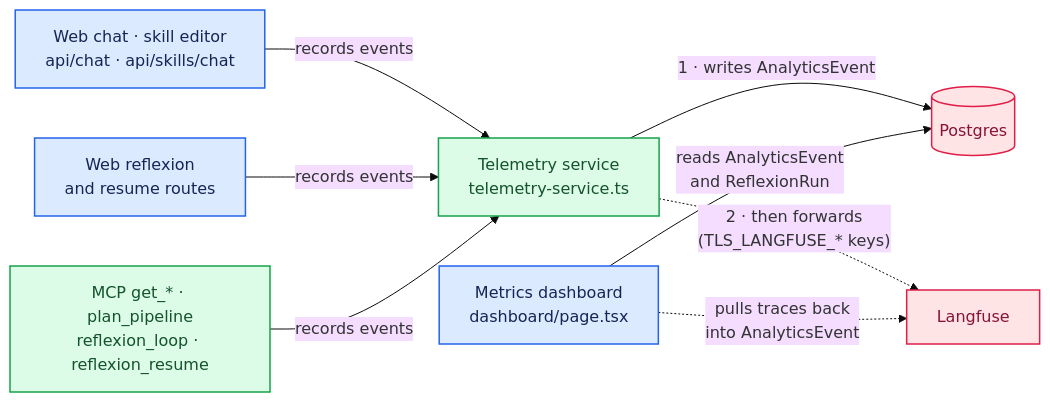
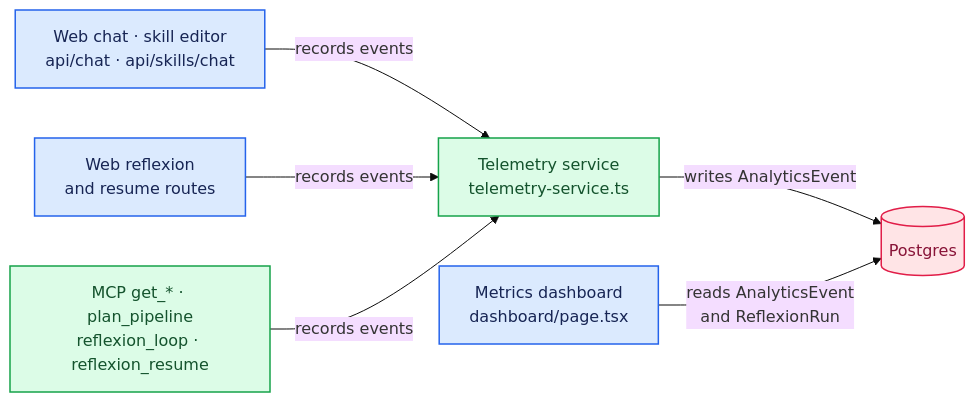
Before and after one commit to bronz3beard/ai.tech-lead-stack: the tenth of 10 diagrams in README.md, drawn with Mermaid (base theme). The commit also changed other lines of this file and 84 other files, not shown here.

First line of the commit message:
feat(telemetry)!: honest AI-usage metrics with Postgres as the single source of truth (#148)

````diff
--- a/README.md
+++ b/README.md
@@ -456,28 +456,25 @@
 ```mermaid
 flowchart LR
   webchat["Web chat · skill editor<br/>api/chat · api/skills/chat"]
   webreflex["Web reflexion<br/>and resume routes"]
   mcpcalls["MCP get_* · plan_pipeline<br/>reflexion_loop · reflexion_resume"]
   telemetry["Telemetry service<br/>telemetry-service.ts"]
   db[("Postgres")]
-  langfuse["Langfuse"]
   metrics["Metrics dashboard<br/>dashboard/page.tsx"]
 
   webchat -->|"records events"| telemetry
   webreflex -->|"records events"| telemetry
   mcpcalls -->|"records events"| telemetry
-  telemetry -->|"1 · writes AnalyticsEvent"| db
-  telemetry -.->|"2 · then forwards<br/>(TLS_LANGFUSE_* keys)"| langfuse
+  telemetry -->|"writes AnalyticsEvent"| db
   metrics -->|"reads AnalyticsEvent<br/>and ReflexionRun"| db
-  metrics -.->|"pulls traces back<br/>into AnalyticsEvent"| langfuse
 
   click telemetry "https://github.com/bronz3beard/ai.tech-lead-stack/blob/main/packages/core/src/lib/telemetry-service.ts"
   click metrics "https://github.com/bronz3beard/ai.tech-lead-stack/blob/main/apps/dashboard/src/app/dashboard/page.tsx"
 
   classDef app fill:#dbeafe,stroke:#2563eb,stroke-width:1.5px,color:#172554
   classDef coreNode fill:#dcfce7,stroke:#16a34a,stroke-width:1.5px,color:#14532d
   classDef extNode fill:#ffe4e6,stroke:#e11d48,stroke-width:1.5px,color:#881337
   class webchat,webreflex,metrics app
   class mcpcalls,telemetry coreNode
-  class db,langfuse extNode
+  class db extNode
 ```
````
